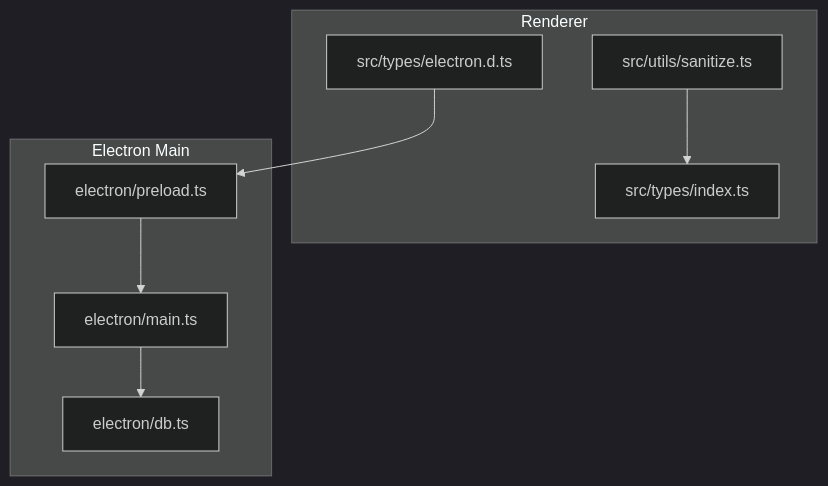
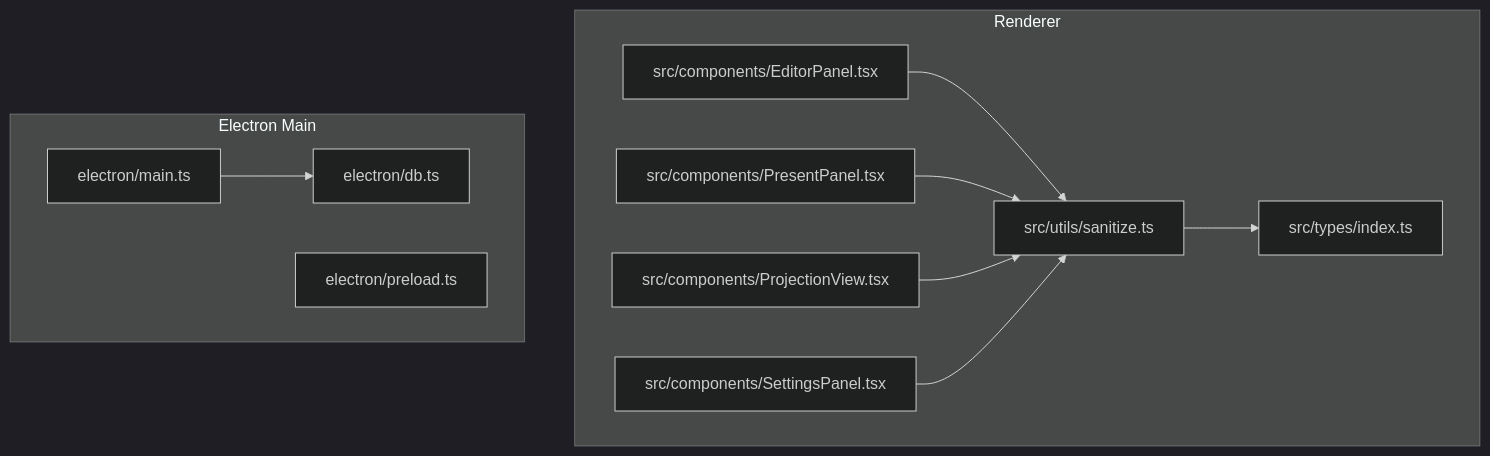
One commit to jimmywyk/lyricdeck changed the first of 5 diagrams in .qoder/repowiki/en/content/Core Features/Security Utilities.md. Above: the diagram before and after it, drawn with Mermaid (dark theme). The commit also changed other lines of this file and 5 other files, not shown here.

Commit message:
Add Projection View Component

````diff
--- a/.qoder/repowiki/en/content/Core Features/Security Utilities.md
+++ b/.qoder/repowiki/en/content/Core Features/Security Utilities.md
@@ -43,17 +55,22 @@
 ```mermaid
 graph TB
 subgraph "Renderer"
 R_Sanitize["src/utils/sanitize.ts"]
 R_Types["src/types/index.ts"]
-R_ETypes["src/types/electron.d.ts"]
+R_Editor["src/components/EditorPanel.tsx"]
+R_Present["src/components/PresentPanel.tsx"]
+R_Projection["src/components/ProjectionView.tsx"]
+R_Settings["src/components/SettingsPanel.tsx"]
 end
 subgraph "Electron Main"
 M_Main["electron/main.ts"]
 M_Preload["electron/preload.ts"]
 M_DB["electron/db.ts"]
 end
 R_Sanitize --> R_Types
-R_ETypes --> M_Preload
-M_Preload --> M_Main
+R_Editor --> R_Sanitize
+R_Present --> R_Sanitize
+R_Projection --> R_Sanitize
+R_Settings --> R_Sanitize
 M_Main --> M_DB
 ```
````
